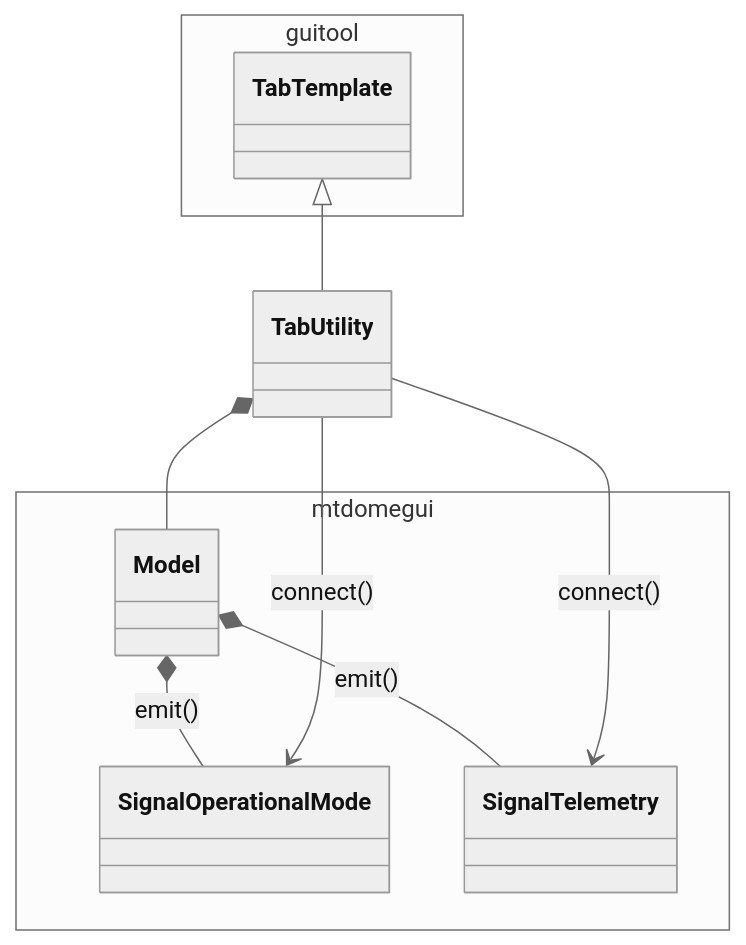
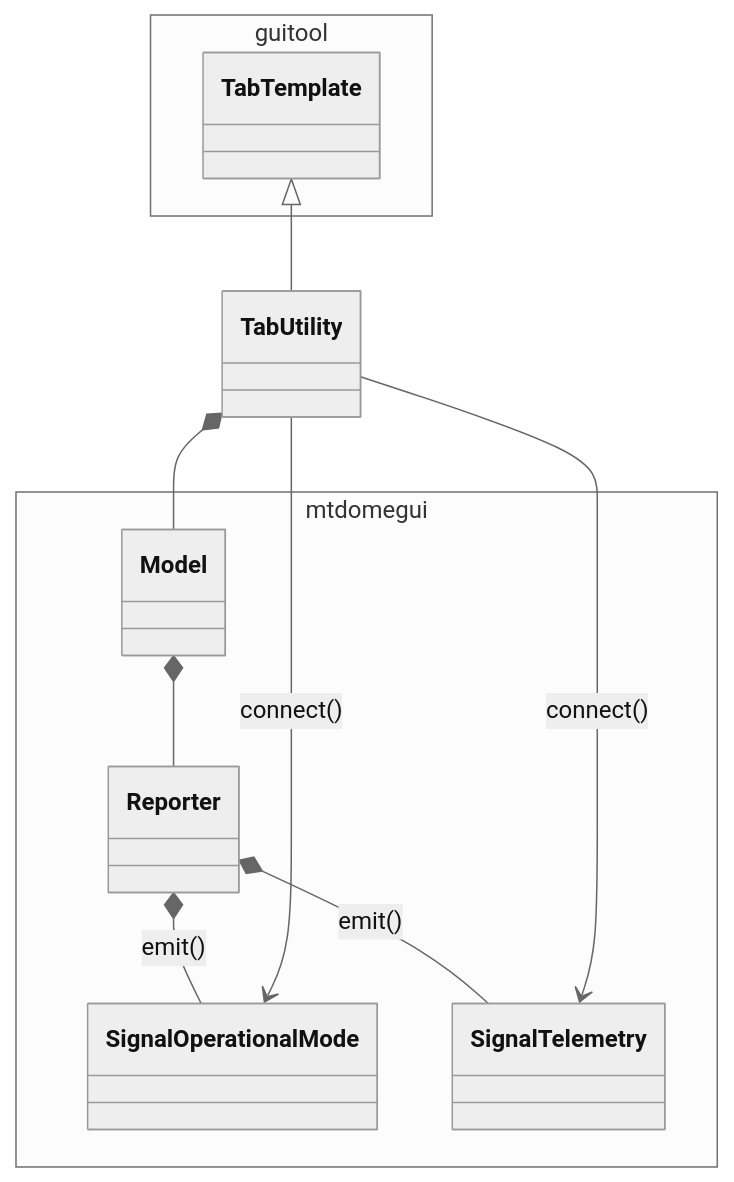
One commit to lsst-ts/ts_mtdomegui changed the diagram in doc/uml/tab/class_tab_utility.mmd. Above: the diagram before and after it, drawn with Mermaid (neutral theme). The commit also changed 10 other files, not shown here.

```diff
--- a/doc/uml/tab/class_tab_utility.mmd
+++ b/doc/uml/tab/class_tab_utility.mmd
@@ -1,20 +1,23 @@
 classDiagram
 
 namespace guitool {
   class TabTemplate
 }
 
 namespace mtdomegui {
   class Model
+  class Reporter
   class SignalOperationalMode
   class SignalTelemetry
 }
 
-Model *-- SignalOperationalMode : emit()
-Model *-- SignalTelemetry : emit()
+Model *-- Reporter
+
+Reporter *-- SignalOperationalMode : emit()
+Reporter *-- SignalTelemetry : emit()
 
 TabTemplate <|-- TabUtility
 
 TabUtility *-- Model
 TabUtility --> SignalOperationalMode : connect()
 TabUtility --> SignalTelemetry : connect()
```
